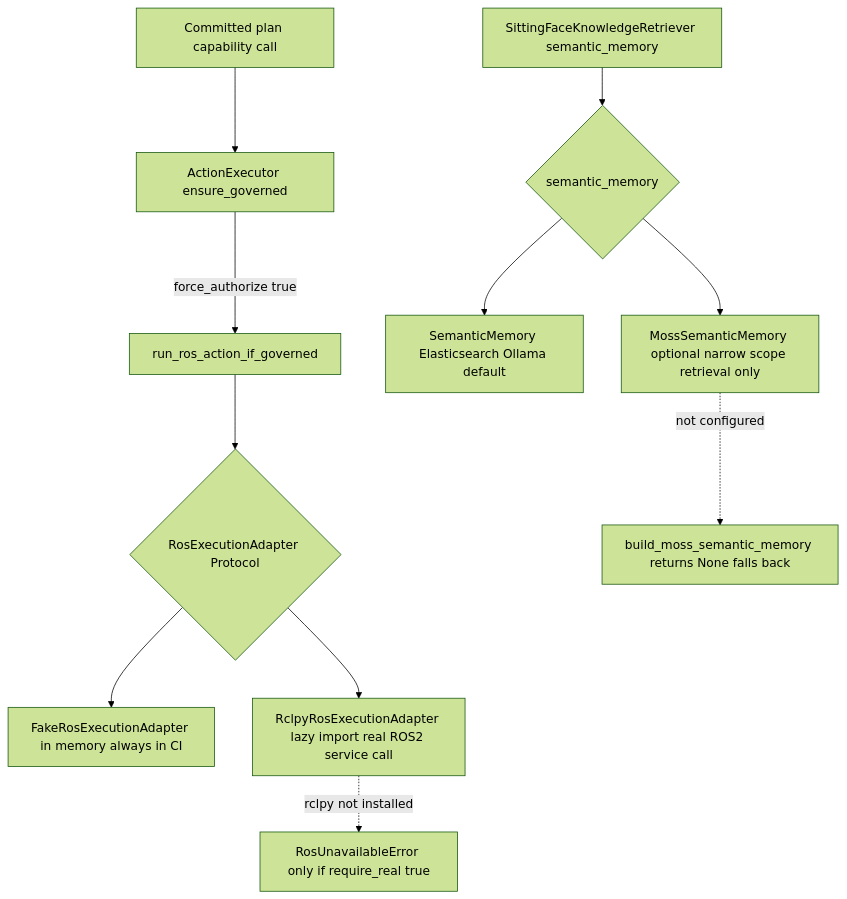
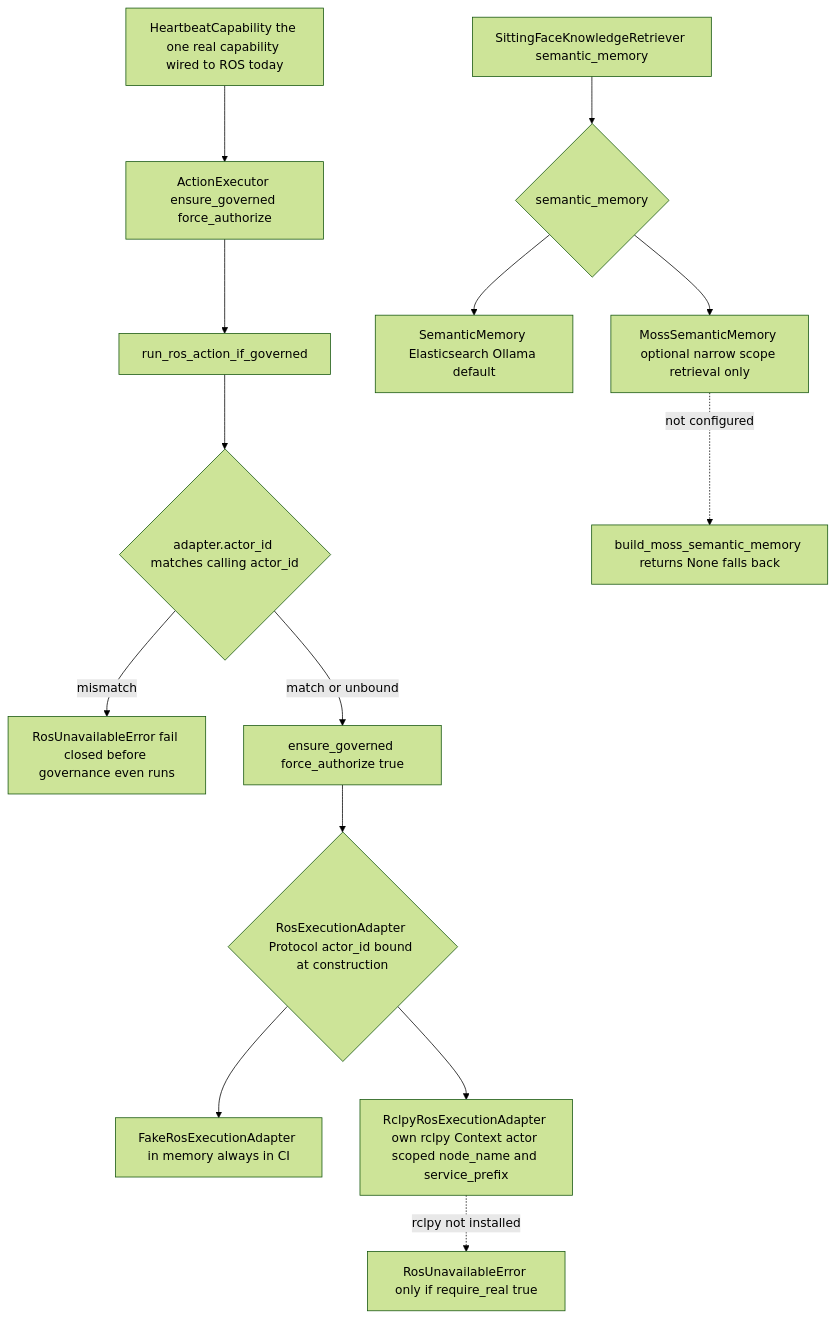
Diagram 31 of 35 in docs/DIAGRAMS.md (monkeypatched-stack/cognitive-os-core), drawn with Mermaid (forest theme) before and after one commit. The commit also changed other lines of this file and 11 other files, not shown here.

````diff
--- a/docs/DIAGRAMS.md
+++ b/docs/DIAGRAMS.md
@@ -1204,14 +1214,17 @@
 ```mermaid
 flowchart TD
-    Plan["Committed plan capability call"] --> Exec["ActionExecutor ensure_governed"]
-    Exec -->|force_authorize true| RunGoverned["run_ros_action_if_governed"]
-    RunGoverned --> Protocol{RosExecutionAdapter Protocol}
+    Cap["HeartbeatCapability the one real capability wired to ROS today"] --> Exec["ActionExecutor ensure_governed force_authorize"]
+    Exec --> RunGoverned["run_ros_action_if_governed"]
+    RunGoverned --> Bind{adapter.actor_id matches calling actor_id}
+    Bind -->|mismatch| Refuse["RosUnavailableError fail closed before governance even runs"]
+    Bind -->|match or unbound| Gov["ensure_governed force_authorize true"]
+    Gov --> Protocol{RosExecutionAdapter Protocol actor_id bound at construction}
     Protocol --> Fake["FakeRosExecutionAdapter in memory always in CI"]
-    Protocol --> Real["RclpyRosExecutionAdapter lazy import real ROS2 service call"]
+    Protocol --> Real["RclpyRosExecutionAdapter own rclpy Context actor scoped node_name and service_prefix"]
     Real -.->|rclpy not installed| Unavail["RosUnavailableError only if require_real true"]
 
     Retrieval["SittingFaceKnowledgeRetriever semantic_memory"] --> Backend{semantic_memory}
     Backend --> ES["SemanticMemory Elasticsearch Ollama default"]
     Backend --> Moss["MossSemanticMemory optional narrow scope retrieval only"]
     Moss -.->|not configured| NoneBackend["build_moss_semantic_memory returns None falls back"]
 ```
````
